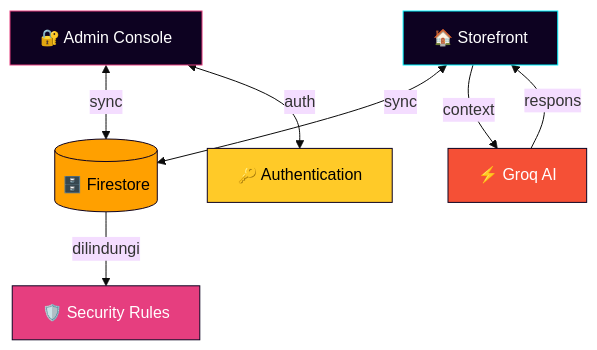
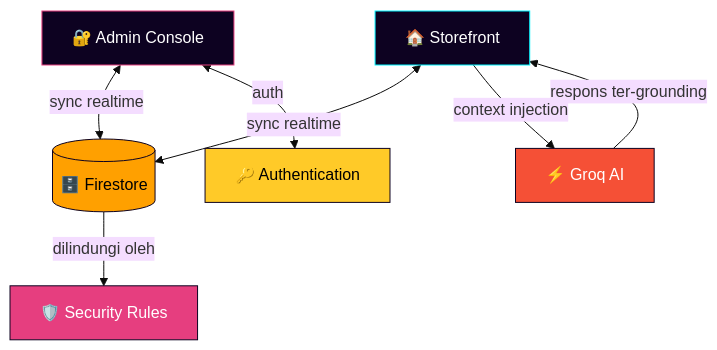
The second of 2 diagrams in README.md (riksan762-creator/Riksan-Dropshiper), drawn with Mermaid (base theme) before and after one commit. The commit also changed other lines of this file, not shown here.

````diff
--- a/README.md
+++ b/README.md
@@ -158,16 +141,16 @@
 ```mermaid
 graph TB
-    A[🏠 Storefront] <--sync--> C[(🗄️ Firestore)]
-    B[🔐 Admin Console] <--sync--> C
+    A[🏠 Storefront] <--sync realtime--> C[(🗄️ Firestore)]
+    B[🔐 Admin Console] <--sync realtime--> C
     B <--auth--> D[🔑 Authentication]
-    C --dilindungi--> E[🛡️ Security Rules]
-    A --context--> F[⚡ Groq AI]
-    F --respons--> A
+    C --dilindungi oleh--> E[🛡️ Security Rules]
+    A --context injection--> F[⚡ Groq AI]
+    F --respons ter-grounding--> A
 
     style A fill:#0D0221,stroke:#00F5FF,color:#fff
     style B fill:#0D0221,stroke:#E63E7F,color:#fff
     style C fill:#FFA000,stroke:#0D0221,color:#000
     style D fill:#FFCA28,stroke:#0D0221,color:#000
     style E fill:#E63E7F,stroke:#0D0221,color:#fff
     style F fill:#F55036,stroke:#0D0221,color:#fff
 ```
````
